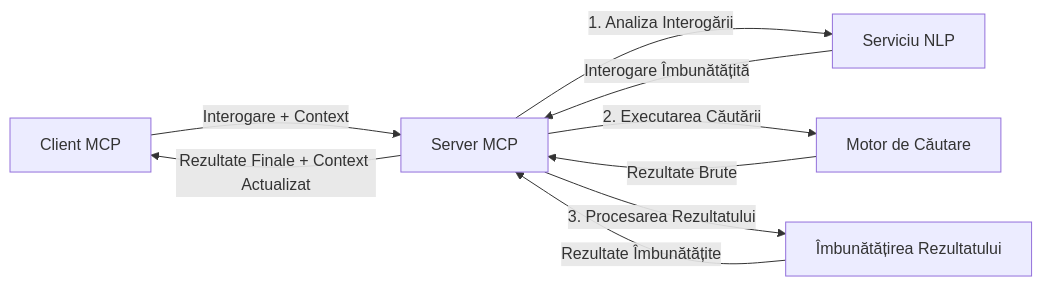
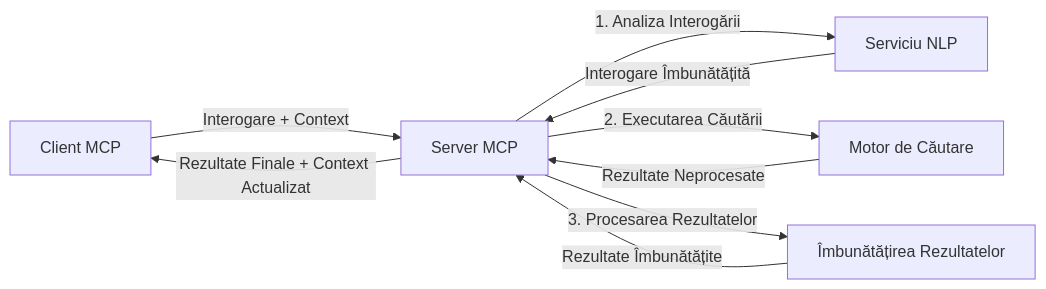
One commit to microsoft/mcp-for-beginners changed the fourth of 4 diagrams in translations/ro/05-AdvancedTopics/mcp-realtimesearch/README.md. Above: the diagram before and after it, drawn with Mermaid. The commit also changed other lines of this file and 145 other files, not shown here.

````diff
--- a/translations/ro/05-AdvancedTopics/mcp-realtimesearch/README.md
+++ b/translations/ro/05-AdvancedTopics/mcp-realtimesearch/README.md
@@ -626,11 +628,11 @@
 ```mermaid
 graph LR
     Client[Client MCP] --> |Interogare + Context| Server[Server MCP]
     Server --> |1. Analiza Interogării| NLP[Serviciu NLP]
     NLP --> |Interogare Îmbunătățită| Server
     Server --> |2. Executarea Căutării| Search[Motor de Căutare]
-    Search --> |Rezultate Brute| Server
-    Server --> |3. Procesarea Rezultatului| Enhancement[Îmbunătățirea Rezultatului]
+    Search --> |Rezultate Neprocesate| Server
+    Server --> |3. Procesarea Rezultatelor| Enhancement[Îmbunătățirea Rezultatelor]
     Enhancement --> |Rezultate Îmbunătățite| Server
     Server --> |Rezultate Finale + Context Actualizat| Client
 ```
````
